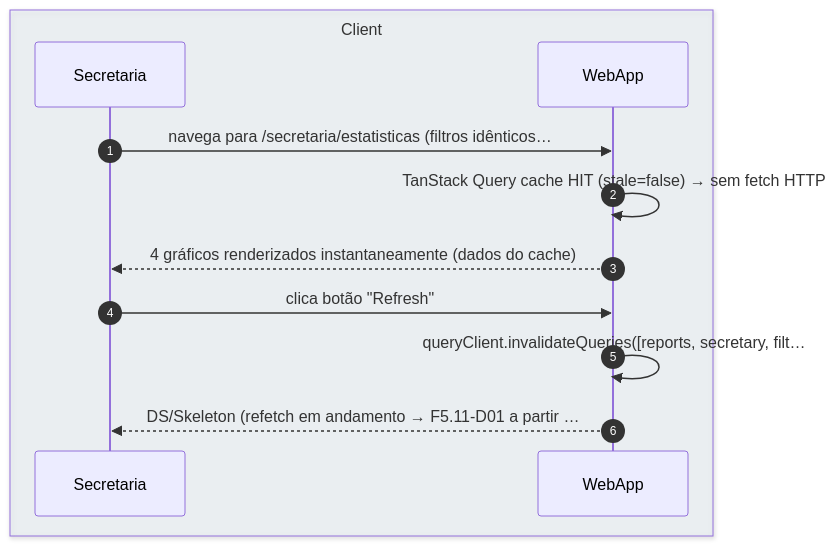
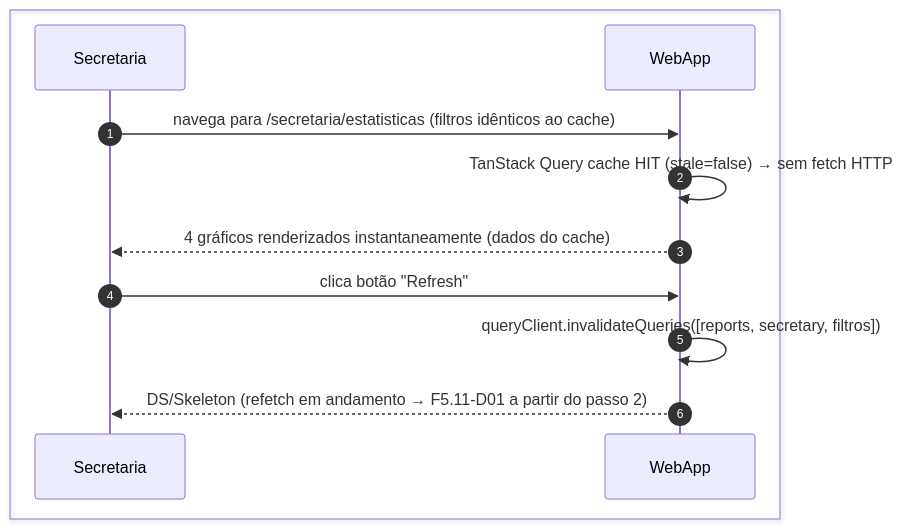
Before and after one commit to umishell/secretariaOnline2: the second of 3 diagrams in foundationDocs/sequenceDiagrams/F5 — Secretaria/US-F5-011-ESTATISTICAS.md, drawn with Mermaid. The commit also changed other lines of this file and 70 other files, not shown here.

First line of the commit message:
Enhance database documentation and introduce new schema files

````diff
--- a/foundationDocs/sequenceDiagrams/F5 — Secretaria/US-F5-011-ESTATISTICAS.md
+++ b/foundationDocs/sequenceDiagrams/F5 — Secretaria/US-F5-011-ESTATISTICAS.md
@@ -102,15 +102,15 @@
 ```mermaid
 sequenceDiagram
     autonumber
-    box rgba(230,245,255,0.3) Client
+    box #e8f4fc Cliente
         participant Secretaria
         participant WebApp
     end
 
-    Secretaria->>WebApp: navega para /secretaria/estatisticas (filtros idênticos…
+    Secretaria->>WebApp: navega para /secretaria/estatisticas (filtros idênticos ao cache)
     WebApp->>WebApp: TanStack Query cache HIT (stale=false) → sem fetch HTTP
     WebApp-->>Secretaria: 4 gráficos renderizados instantaneamente (dados do cache)
     Secretaria->>WebApp: clica botão "Refresh"
-    WebApp->>WebApp: queryClient.invalidateQueries([reports, secretary, filt…
-    WebApp-->>Secretaria: DS/Skeleton (refetch em andamento → F5.11-D01 a partir …
+    WebApp->>WebApp: queryClient.invalidateQueries([reports, secretary, filtros])
+    WebApp-->>Secretaria: DS/Skeleton (refetch em andamento → F5.11-D01 a partir do passo 2)
 ```
````
